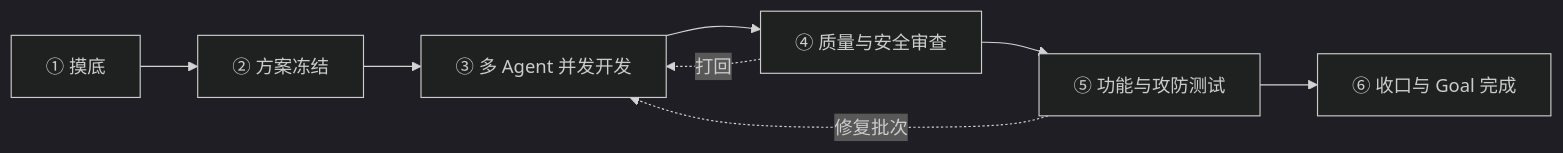
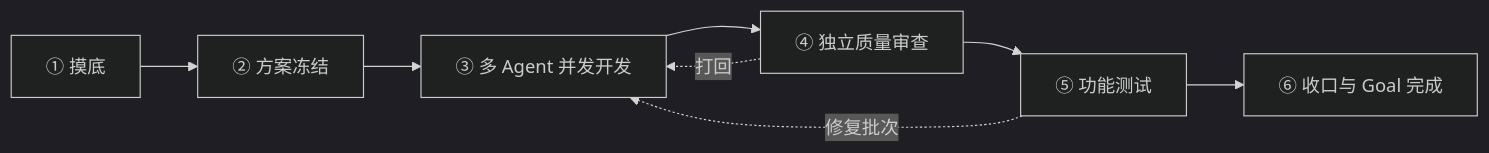
One commit to vx-zsck2020/DaiYu-Agent changed the diagram in README.md. Above: the diagram before and after it, drawn with Mermaid (dark theme). The commit also changed other lines of this file and 15 other files, not shown here.

````diff
--- a/README.md
+++ b/README.md
@@ -25,10 +27,10 @@
 ```mermaid
 flowchart LR
     G1[① 摸底] --> G2[② 方案冻结]
     G2 --> G3[③ 多 Agent 并发开发]
-    G3 --> G4[④ 质量与安全审查]
-    G4 --> G5[⑤ 功能与攻防测试]
+    G3 --> G4[④ 独立质量审查]
+    G4 --> G5[⑤ 功能测试]
     G5 --> G6[⑥ 收口与 Goal 完成]
     G4 -. 打回 .-> G3
     G5 -. 修复批次 .-> G3
 ```
````
